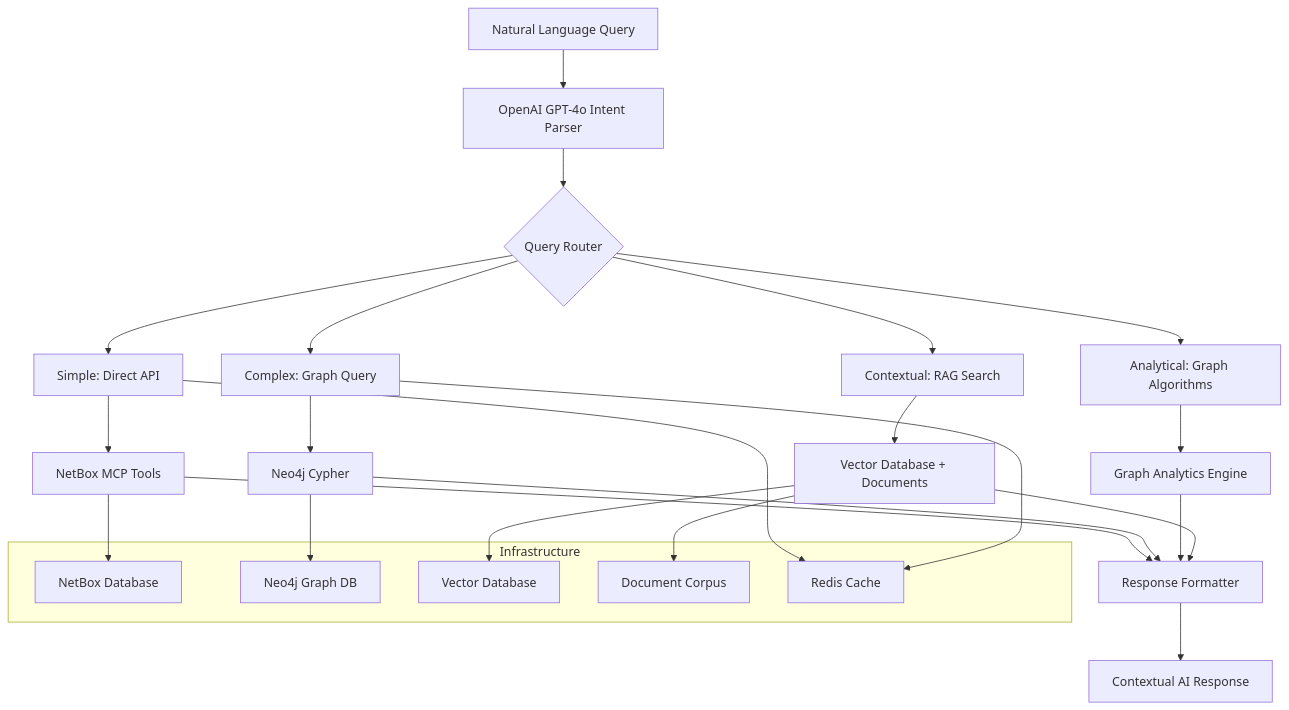
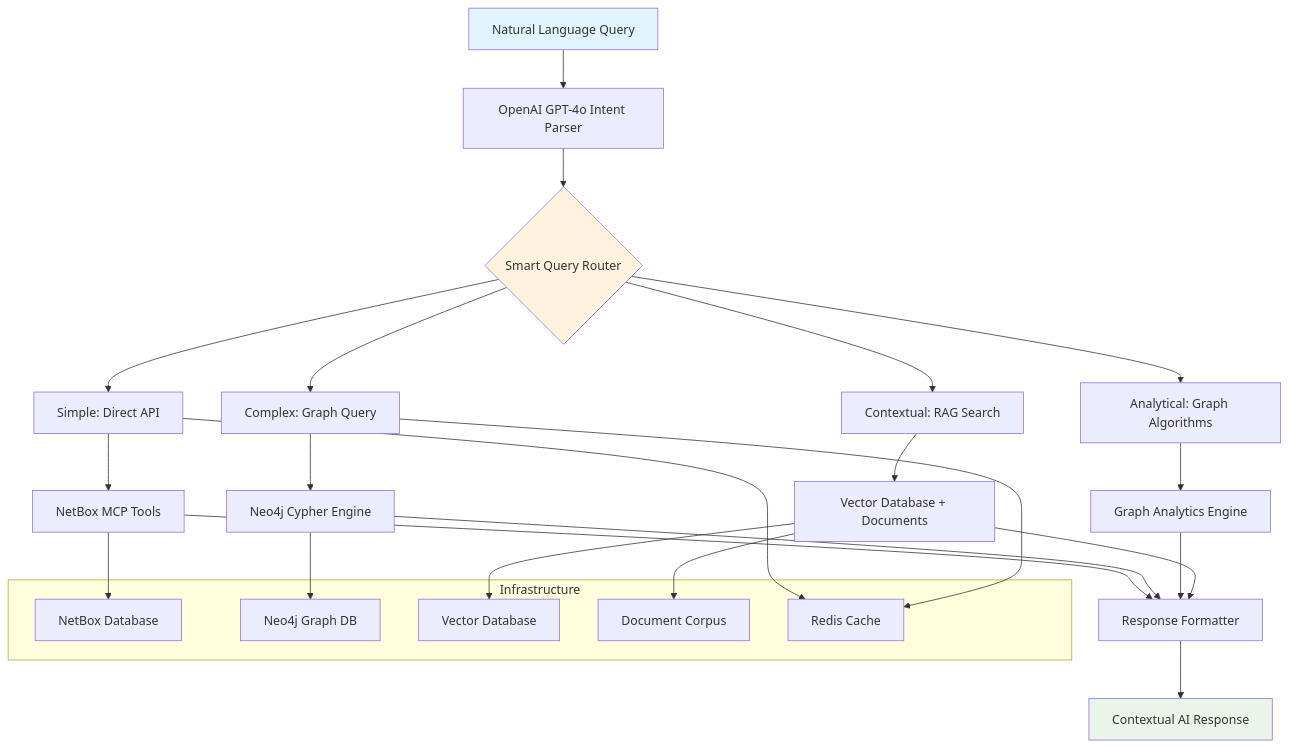
The second of 2 diagrams in docs/future-development/orchestration-plan.md (FinnMacCumail/rtf-research), drawn with Mermaid before and after one commit. The commit also changed other lines of this file and 1 other file, not shown here.

````diff
--- a/docs/future-development/orchestration-plan.md
+++ b/docs/future-development/orchestration-plan.md
@@ -101,37 +282,41 @@
 ```mermaid
 flowchart TD
     A[Natural Language Query] --> B[OpenAI GPT-4o Intent Parser]
-    B --> C{Query Router}
+    B --> C{Smart Query Router}
     
     C --> D[Simple: Direct API]
     C --> E[Complex: Graph Query]  
     C --> F[Analytical: Graph Algorithms]
     C --> G[Contextual: RAG Search]
     
     D --> H[NetBox MCP Tools]
-    E --> I[Neo4j Cypher]
+    E --> I[Neo4j Cypher Engine]
     F --> J[Graph Analytics Engine]
     G --> K[Vector Database + Documents]
     
     H --> L[Response Formatter]
     I --> L
     J --> L  
     K --> L
     
     L --> M[Contextual AI Response]
     
     subgraph Infrastructure
         N[NetBox Database]
         O[Neo4j Graph DB]
         P[Vector Database]
         Q[Document Corpus]
         R[Redis Cache]
     end
     
     H --> N
     I --> O
     K --> P
     K --> Q
     D --> R
     E --> R
+    
+    style A fill:#e1f5fe
+    style M fill:#e8f5e8
+    style C fill:#fff3e0
 ```
````
